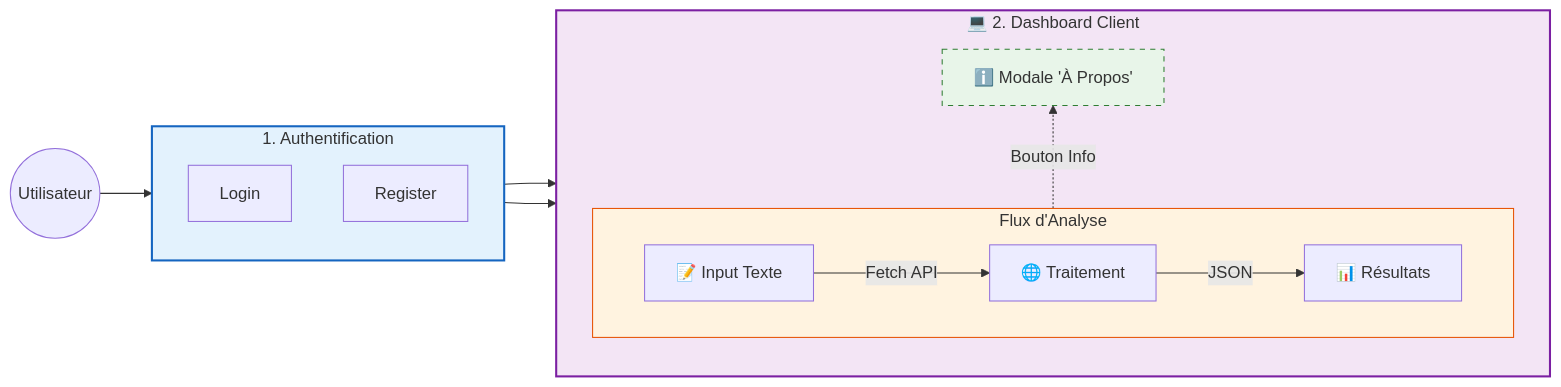
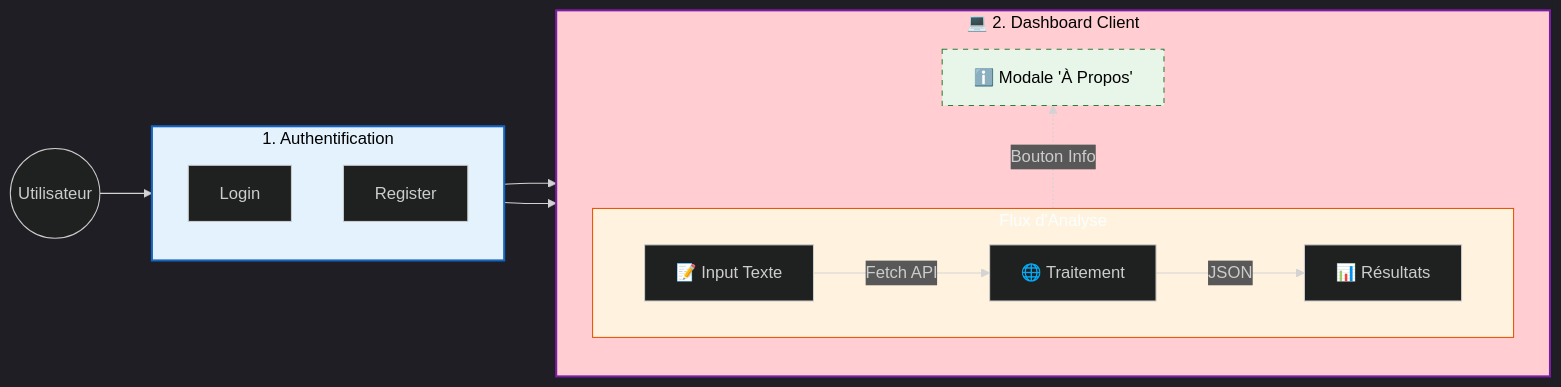
Before and after one commit to khadija199904/Plateforme_Orchestration_IA_Frontend: the first of 2 diagrams in Readme.md, drawn with Mermaid. The commit also changed 3 other files, not shown here.

````diff
--- a/Readme.md
+++ b/Readme.md
@@ -13,43 +13,35 @@
 ```mermaid 
-graph LR
-    %% --- CONFIGURATION GLOBALE ---
-    User((Utilisateur))
+---
+config:
+  theme: dark
+---
+flowchart LR
+ subgraph Auth_Zone["1. Authentification"]
+    direction TB
+        Login["Login"]
+        Reg["Register"]
+  end
+ subgraph Work_Flow["Flux d'Analyse"]
+    direction LR
+        API["🌐 Traitement"]
+        Input["📝 Input Texte"]
+        Result["📊 Résultats"]
+  end
+ subgraph Dash_Zone["💻 2. Dashboard Client"]
+    direction BT
+        Work_Flow
+        Info@{ label: "ℹ️ Modale 'À Propos'" }
+  end
+    Input -- Fetch API --> API
+    API -- JSON --> Result
+    User(("Utilisateur")) --> Auth_Zone
+    Login --> Input
+    Reg --> Input
+    Input -. Bouton Info .-> Info
 
-    %% --- 1. AUTHENTIFICATION ---
-    subgraph Auth_Zone [1. Authentification]
-        direction TB
-        Login[Login]
-        Reg[Register]
-    end
-
-    %% --- 2. DASHBOARD ---
-    subgraph Dash_Zone [💻 2. Dashboard Client]
-        direction BT
-        %% BT (Bas vers Haut) permet de placer la modale 'À Propos' au-dessus du flux
-        
-        %% Le flux principal
-        subgraph Work_Flow [Flux d'Analyse]
-            direction LR
-            Input[📝 Input Texte] -->|Fetch API| API[🌐 Traitement]
-            API -->|JSON| Result[📊 Résultats]
-        end
-
-        %% Modale flottante
-        Info["ℹ️ Modale 'À Propos'"]
-    end
-
-    %% --- RELATIONS ---
-    User --> Auth_Zone
-    
-    %% Connexion directe vers l'Input (Entrée du Dashboard)
-    Login & Reg --> Input
-    
-    %% Le bouton À propos est accessible depuis l'interface
-    Input -.->|Bouton Info| Info
-
-    %% --- STYLES ---
-    style Auth_Zone fill:#e3f2fd,stroke:#1565c0,stroke-width:2px
-    style Dash_Zone fill:#f3e5f5,stroke:#7b1fa2,stroke-width:2px
-    style Info fill:#e8f5e9,stroke:#2e7d32,stroke-dasharray: 5 5
+    Info@{ shape: rect}
     style Work_Flow fill:#fff3e0,stroke:#e65100
+    style Info fill:#e8f5e9,stroke:#2e7d32,stroke-dasharray: 5 5,color:#000000
+    style Auth_Zone fill:#e3f2fd,stroke:#1565c0,stroke-width:2px,color:#000000
+    style Dash_Zone fill:#FFCDD2,stroke:#7b1fa2,stroke-width:2px,color:#000000
 ```
````
